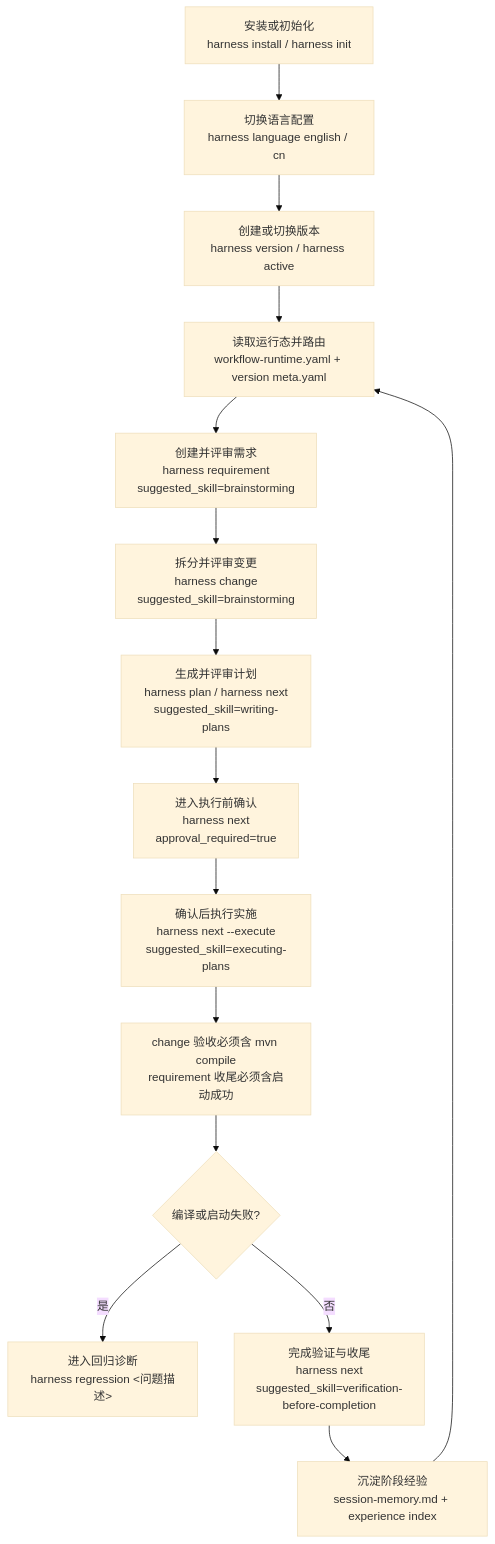
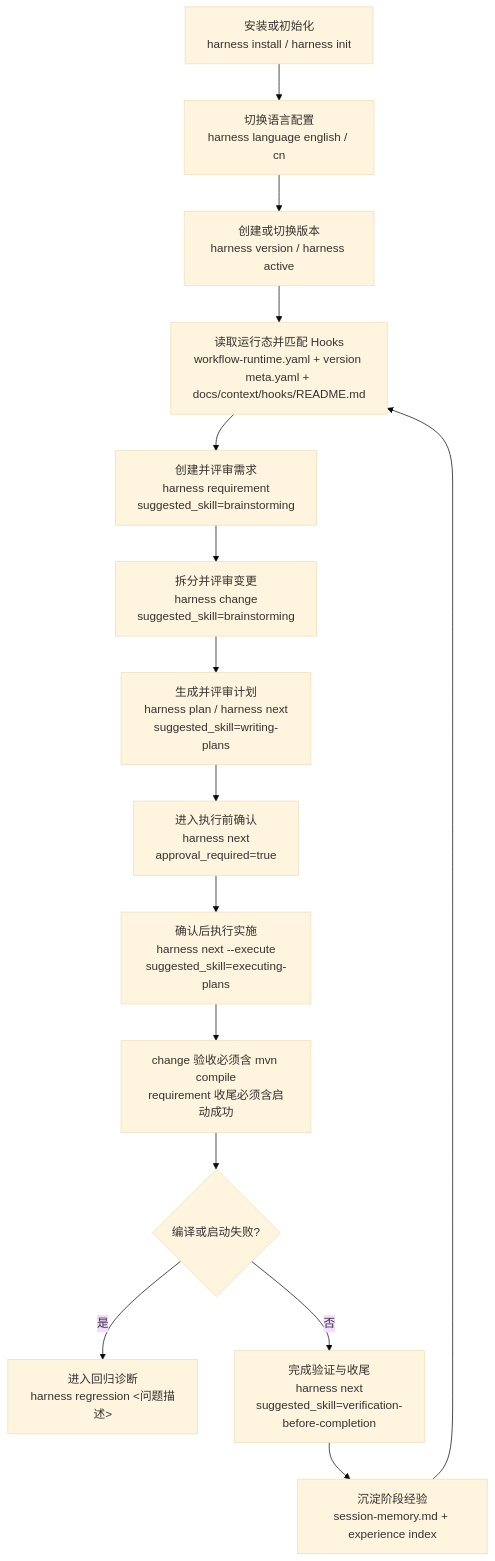
Before and after one commit to togally/harness-workflow: the first of 4 diagrams in README.md, drawn with Mermaid (base theme). The commit also changed other lines of this file and 17 other files, not shown here.

Commit message:
Restructure workflow hooks by invocation timing

````diff
--- a/README.md
+++ b/README.md
@@ -306,17 +310,17 @@
 ```mermaid
 flowchart TD
     A["安装或初始化<br/>harness install / harness init"] --> B["切换语言配置<br/>harness language english / cn"]
     B --> C["创建或切换版本<br/>harness version / harness active"]
-    C --> D["读取运行态并路由<br/>workflow-runtime.yaml + version meta.yaml"]
+    C --> D["读取运行态并匹配 Hooks<br/>workflow-runtime.yaml + version meta.yaml + docs/context/hooks/README.md"]
     D --> E["创建并评审需求<br/>harness requirement<br/>suggested_skill=brainstorming"]
     E --> F["拆分并评审变更<br/>harness change<br/>suggested_skill=brainstorming"]
     F --> G["生成并评审计划<br/>harness plan / harness next<br/>suggested_skill=writing-plans"]
     G --> H["进入执行前确认<br/>harness next<br/>approval_required=true"]
     H --> I["确认后执行实施<br/>harness next --execute<br/>suggested_skill=executing-plans"]
     I --> J["change 验收必须含 mvn compile<br/>requirement 收尾必须含启动成功"]
     J --> K{"编译或启动失败?"}
     K -->|是| L["进入回归诊断<br/>harness regression <问题描述>"]
     K -->|否| M["完成验证与收尾<br/>harness next<br/>suggested_skill=verification-before-completion"]
     M --> N["沉淀阶段经验<br/>session-memory.md + experience index"]
     N --> D
 ```
````
